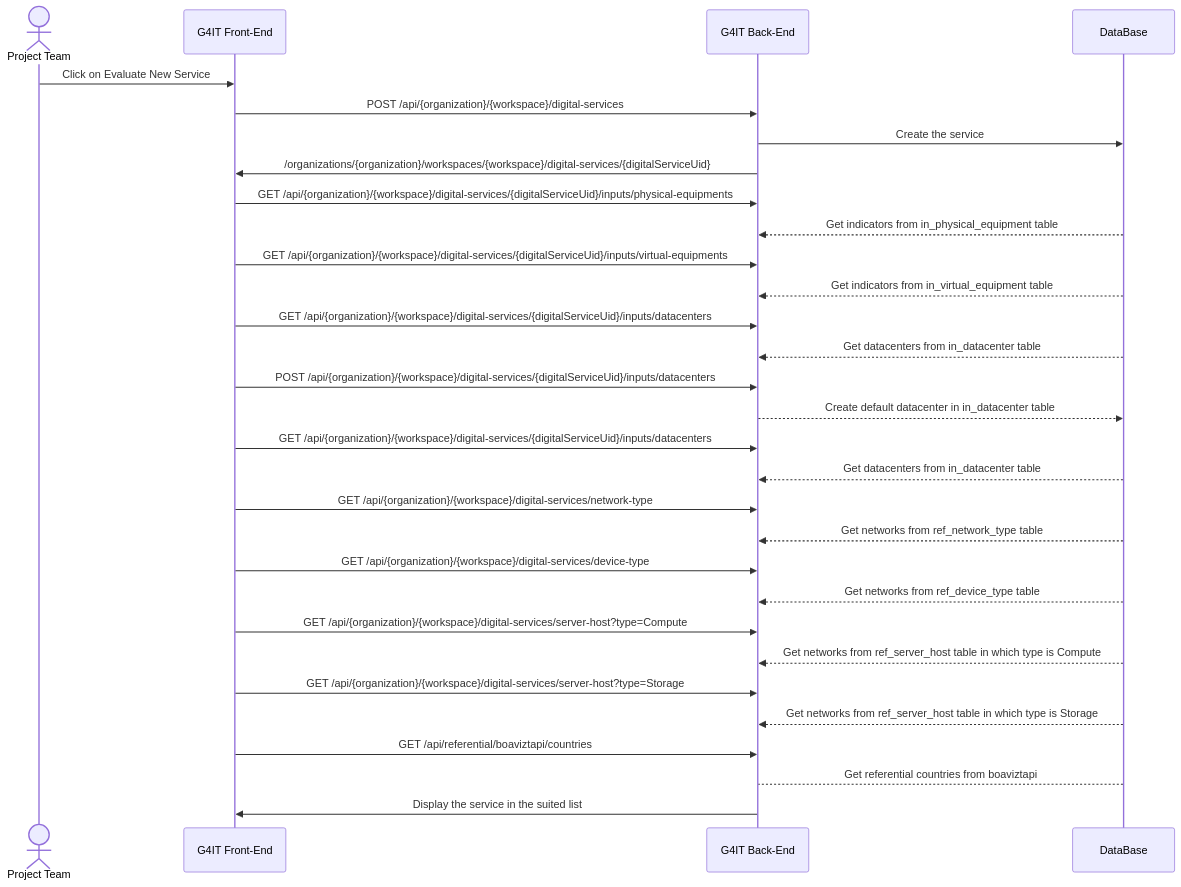
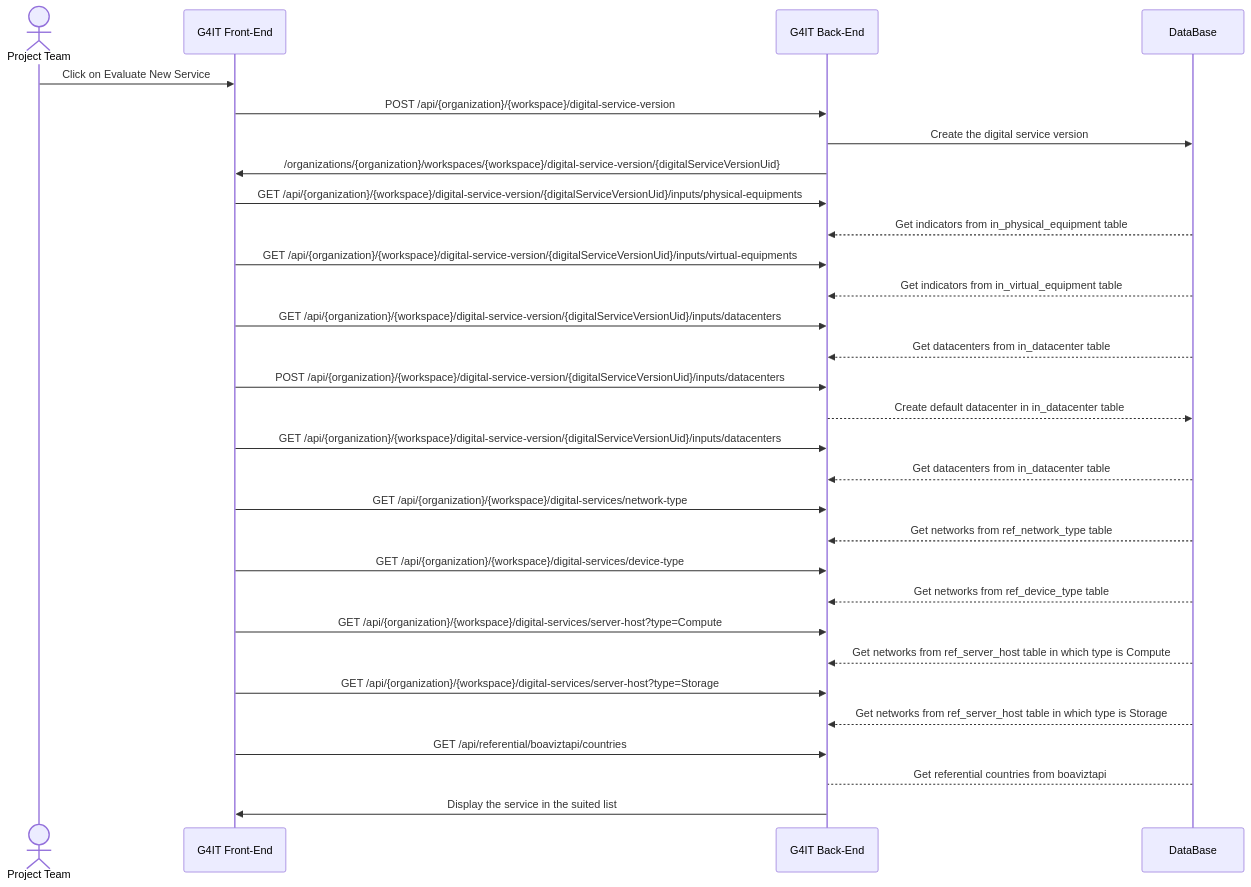
One commit to teamg4it/g4it changed the second of 2 diagrams in services/documentation/content/2-functional-documentation/use_cases/uc_digital_services/uc2_create_visualize_digital_service.md. Above: the diagram before and after it, drawn with Mermaid. The commit also changed other lines of this file and 34 other files, not shown here.

```diff
--- a/services/documentation/content/2-functional-documentation/use_cases/uc_digital_services/uc2_create_visualize_digital_service.md
+++ b/services/documentation/content/2-functional-documentation/use_cases/uc_digital_services/uc2_create_visualize_digital_service.md
@@ -73,34 +78,34 @@
 {{< mermaid >}}
 sequenceDiagram
 actor RND as Project Team
 participant front as G4IT Front-End
 participant back as G4IT Back-End
 participant DataBase
 
 RND ->> front: Click on Evaluate New Service
-front ->> back: POST /api/{organization}/{workspace}/digital-services
-back ->> DataBase: Create the service
-back ->> front: /organizations/{organization}/workspaces/{workspace}/digital-services/{digitalServiceUid}
-front ->> back: GET /api/{organization}/{workspace}/digital-services/{digitalServiceUid}/inputs/physical-equipments
+front ->> back: POST /api/{organization}/{workspace}/digital-service-version
+back ->> DataBase: Create the digital service version
+back ->> front: /organizations/{organization}/workspaces/{workspace}/digital-service-version/{digitalServiceVersionUid}
+front ->> back: GET /api/{organization}/{workspace}/digital-service-version/{digitalServiceVersionUid}/inputs/physical-equipments
 DataBase-->> back: Get indicators from in_physical_equipment table
-front ->> back: GET /api/{organization}/{workspace}/digital-services/{digitalServiceUid}/inputs/virtual-equipments
+front ->> back: GET /api/{organization}/{workspace}/digital-service-version/{digitalServiceVersionUid}/inputs/virtual-equipments
 DataBase-->> back: Get indicators from in_virtual_equipment table
-front ->> back: GET /api/{organization}/{workspace}/digital-services/{digitalServiceUid}/inputs/datacenters
+front ->> back: GET /api/{organization}/{workspace}/digital-service-version/{digitalServiceVersionUid}/inputs/datacenters
 DataBase-->> back: Get datacenters from in_datacenter table
-front ->> back: POST /api/{organization}/{workspace}/digital-services/{digitalServiceUid}/inputs/datacenters
+front ->> back: POST /api/{organization}/{workspace}/digital-service-version/{digitalServiceVersionUid}/inputs/datacenters
 back -->> DataBase: Create default datacenter in in_datacenter table
-front ->> back: GET /api/{organization}/{workspace}/digital-services/{digitalServiceUid}/inputs/datacenters
+front ->> back: GET /api/{organization}/{workspace}/digital-service-version/{digitalServiceVersionUid}/inputs/datacenters
 DataBase-->> back: Get datacenters from in_datacenter table
 front ->> back: GET /api/{organization}/{workspace}/digital-services/network-type
 DataBase-->> back: Get networks from ref_network_type table
 front ->> back: GET /api/{organization}/{workspace}/digital-services/device-type
 DataBase-->> back: Get networks from ref_device_type table
 front ->> back: GET /api/{organization}/{workspace}/digital-services/server-host?type=Compute
 DataBase-->> back: Get networks from ref_server_host table in which type is Compute
 front ->> back: GET /api/{organization}/{workspace}/digital-services/server-host?type=Storage
 DataBase-->> back: Get networks from ref_server_host table in which type is Storage
 front ->> back: GET /api/referential/boaviztapi/countries
 DataBase --> back : Get referential countries from boaviztapi
 back ->> front: Display the service in the suited list
 
 {{< /mermaid >}}
```
